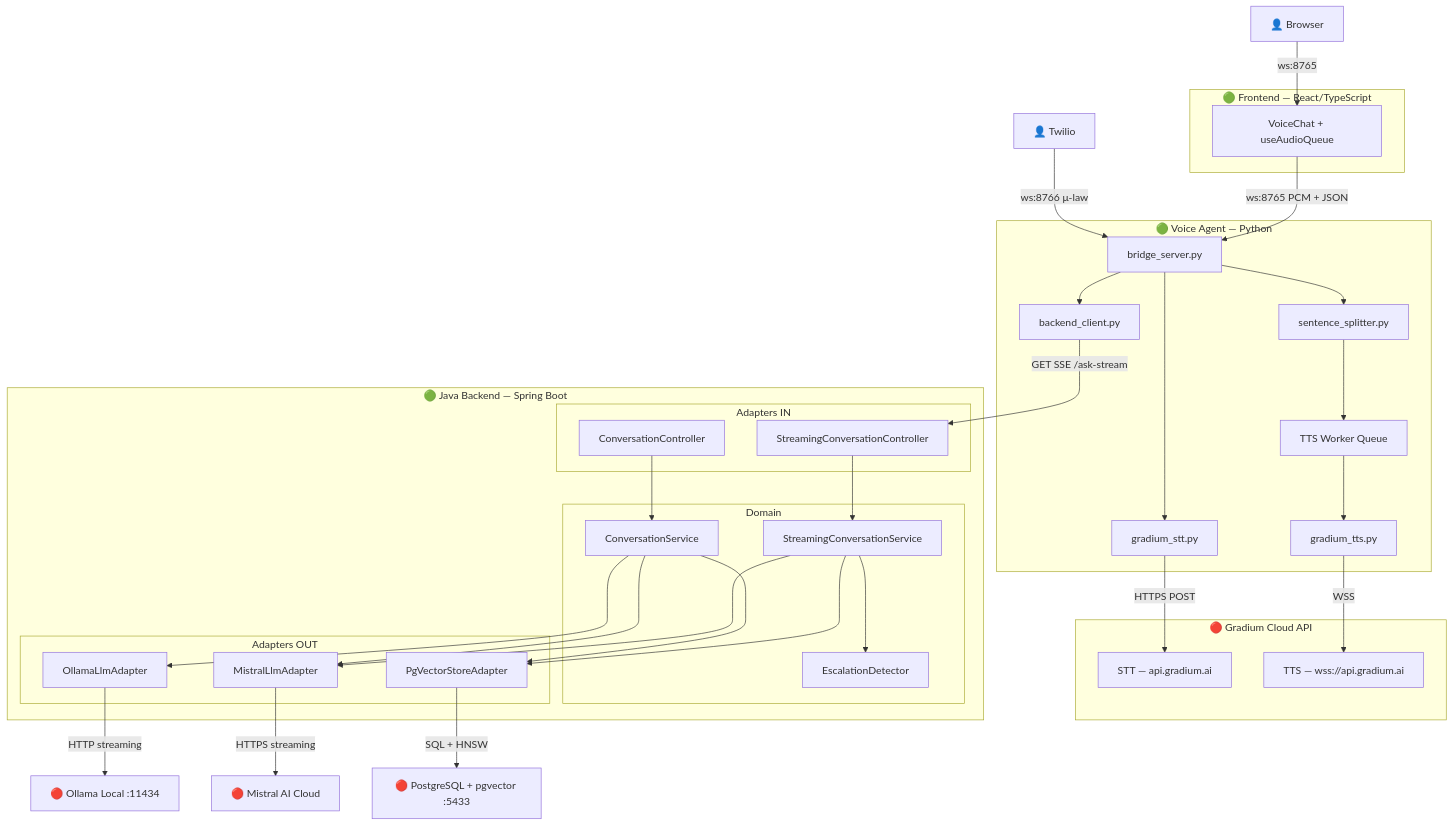
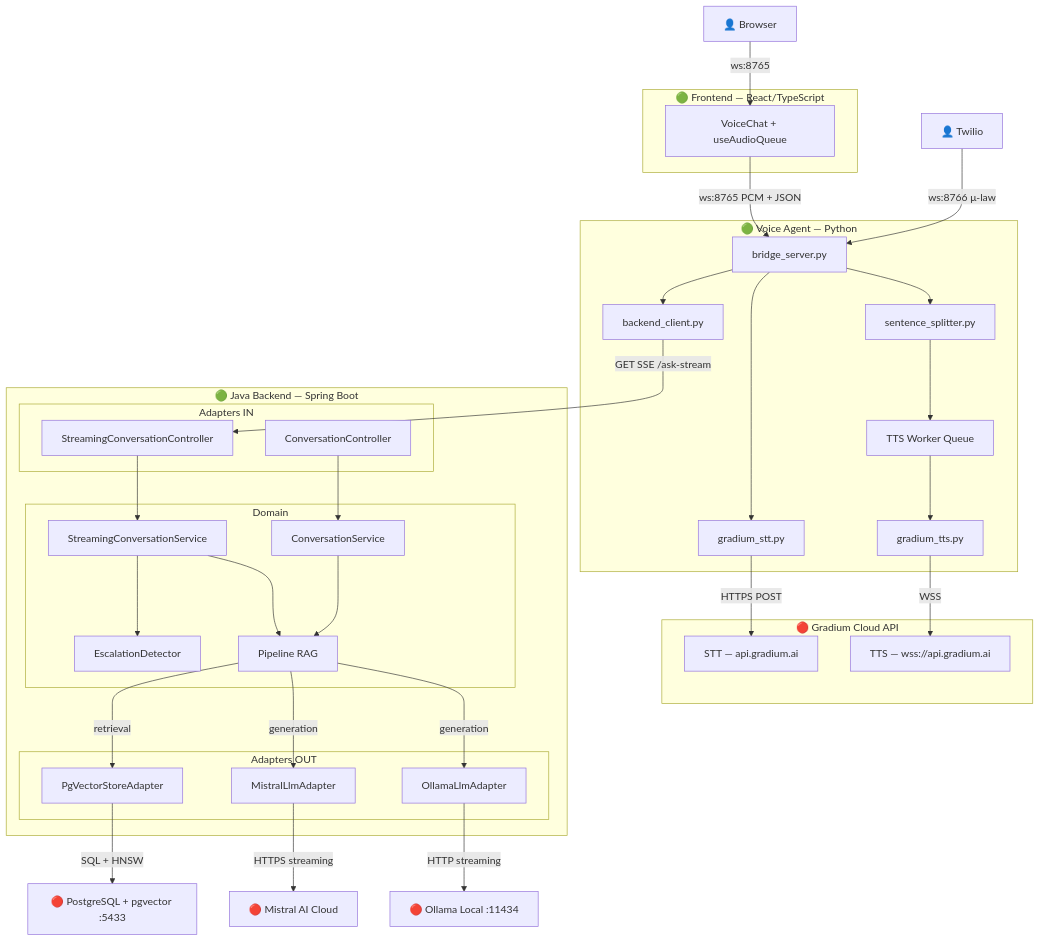
Before and after one commit to tgrimaud/V2V: the first of 2 diagrams in docs/architecture.md, drawn with Mermaid.

Commit message:
docs: add Pipeline RAG node to architecture diagram
Insert a dedicated "Pipeline RAG" node in the domain layer between
the services (ConversationService, StreamingConversationService) and
the adapters (MistralLlmAdapter, PgVectorStoreAdapter). Services now
route through the RAG pipeline which fans out to "retrieval" (vector
search) and "generation" (LLM). EscalationDetector remains a direct
branch that short-circuits the RAG path.

```diff
--- a/docs/architecture.md
+++ b/docs/architecture.md
@@ -48,6 +48,7 @@
             ConvService[ConversationService]
             StreamService[StreamingConversationService]
             EscDetector[EscalationDetector]
+            RAGPipeline["Pipeline RAG"]
         end
         subgraph adaptersOut [Adapters OUT]
             MistralAdapter[MistralLlmAdapter]
@@ -77,13 +78,14 @@
     %% ─── Backend interne ───
     StreamController --> StreamService
     StreamService --> EscDetector
-    StreamService --> MistralAdapter
-    StreamService --> PgVecAdapter
+    StreamService --> RAGPipeline
+    ConvController --> ConvService
+    ConvService --> RAGPipeline
 
-    ConvController --> ConvService
-    ConvService --> MistralAdapter
-    ConvService --> OllamaAdapter
-    ConvService --> PgVecAdapter
+    %% ─── Pipeline RAG → Adapters ───
+    RAGPipeline -->|"retrieval"| PgVecAdapter
+    RAGPipeline -->|"generation"| MistralAdapter
+    RAGPipeline -->|"generation"| OllamaAdapter
 
     %% ─── Voice Agent → TTS (externe) ───
     BridgeServer --> SentenceSplitter
```
